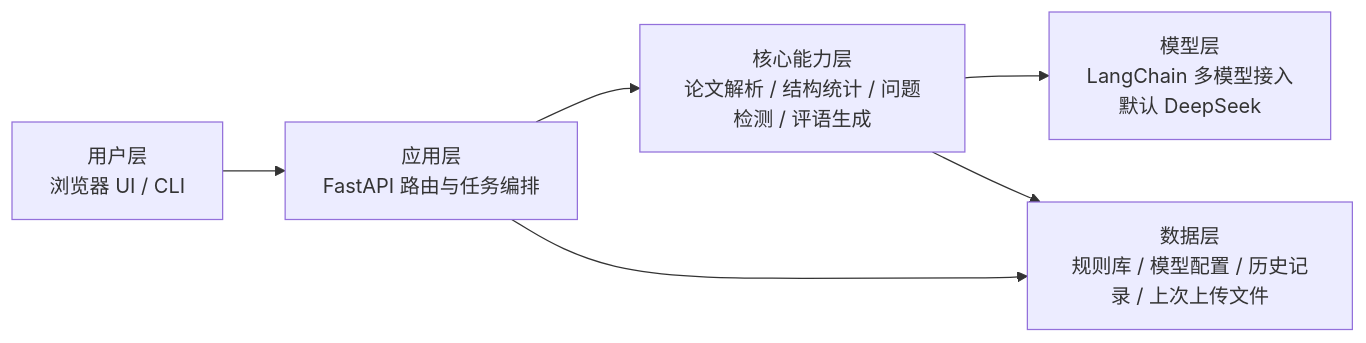
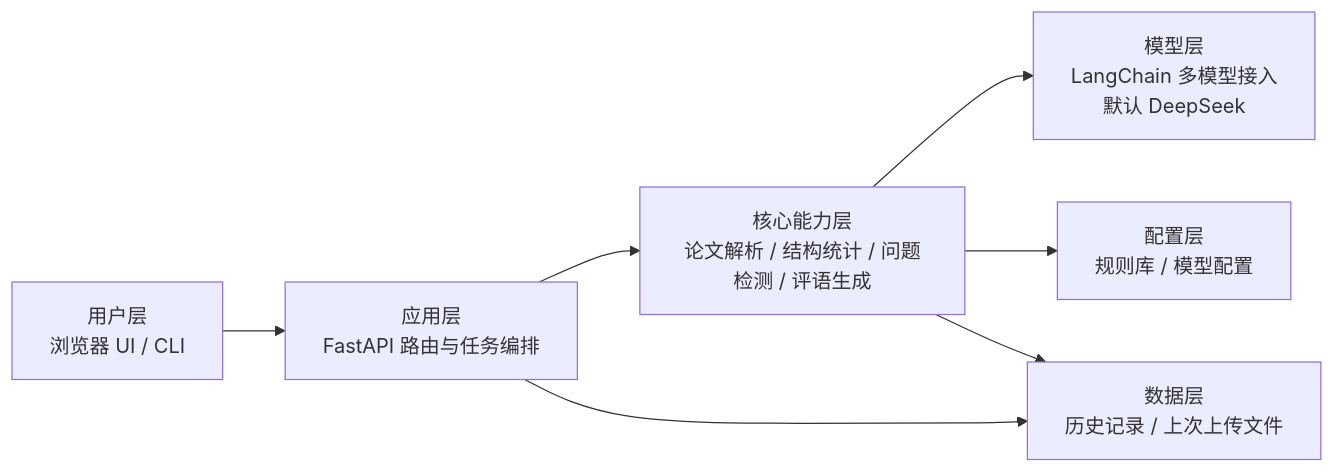
Before and after one commit to HHSTU-IST/thesisev: the first of 2 diagrams in README.md, drawn with Mermaid. The commit also changed other lines of this file and 13 other files, not shown here.

````diff
--- a/README.md
+++ b/README.md
@@ -139,14 +148,16 @@
 ```mermaid
 flowchart LR
     U["用户层<br/>浏览器 UI / CLI"]
     A["应用层<br/>FastAPI 路由与任务编排"]
     C["核心能力层<br/>论文解析 / 结构统计 / 问题检测 / 评语生成"]
     M["模型层<br/>LangChain 多模型接入<br/>默认 DeepSeek"]
-    D["数据层<br/>规则库 / 模型配置 / 历史记录 / 上次上传文件"]
+    CFG["配置层<br/>规则库 / 模型配置"]
+    D["数据层<br/>历史记录 / 上次上传文件"]
 
     U --> A
     A --> C
     C --> M
+    C --> CFG
     C --> D
     A --> D
 ```
````
